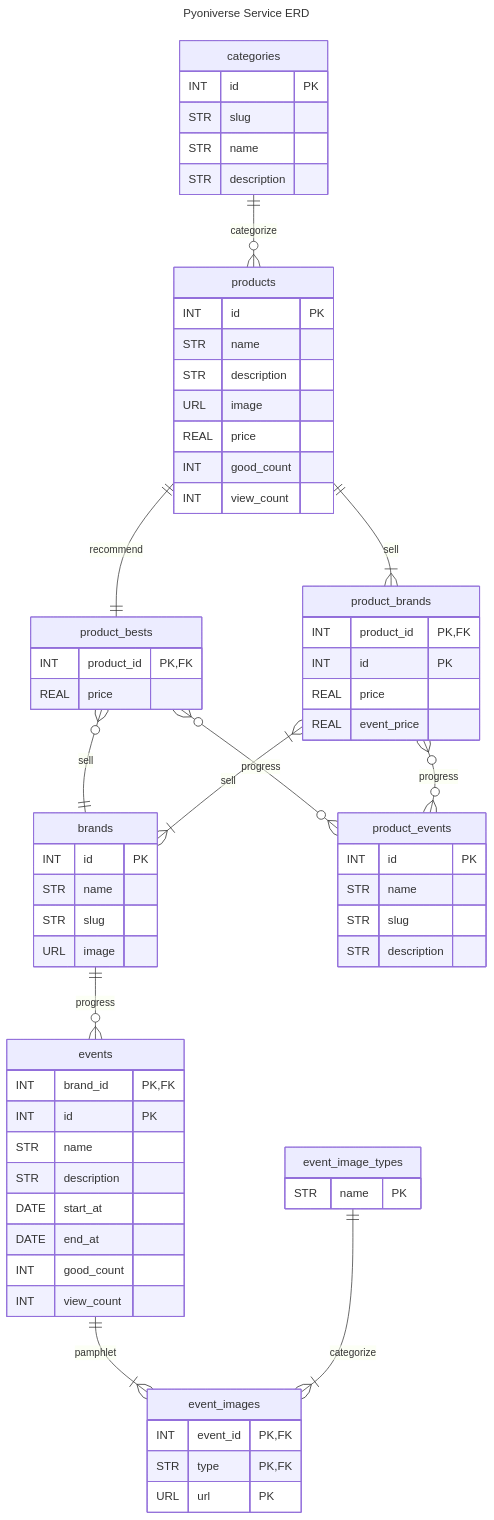
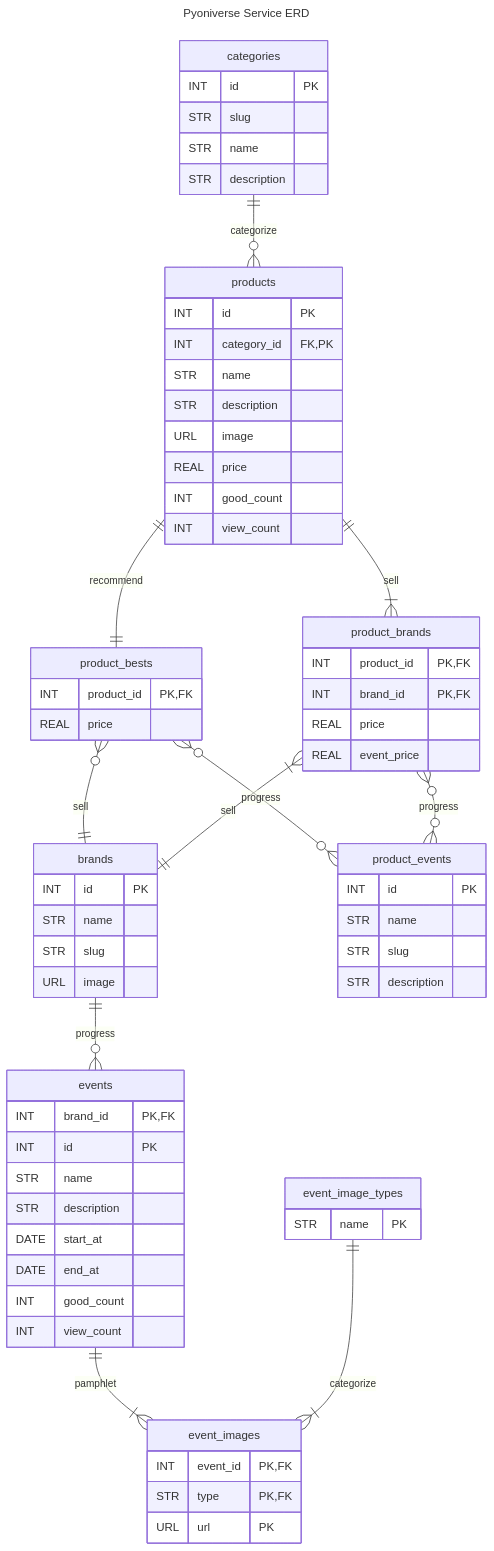
The diagram in document/erd.md (YeongRoYun/ku-database), drawn with Mermaid before and after one commit. The commit also changed other lines of this file and 4 other files, not shown here.

Commit message:
[feat] sql schema

````diff
--- a/document/erd.md
+++ b/document/erd.md
@@ -2,72 +2,73 @@
 ```mermaid
 ---
 title: Pyoniverse Service ERD
 ---
 erDiagram
 categories {
 INT id PK
 STR slug
 STR name
 STR description
 }
 brands {
 INT id PK
 STR name
 STR slug
 URL image
 }
 events {
 INT brand_id PK, FK
 INT id PK
 STR name
 STR description
 DATE start_at
 DATE end_at
 INT good_count
 INT view_count
 }
 event_images {
 INT event_id PK,FK
 STR type PK, FK
 URL url PK
 }
 event_image_types {
 STR name PK
 }
 products {
 INT id PK
+INT category_id FK,PK
 STR name
 STR description
 URL image
 REAL price
 INT good_count
 INT view_count
 }
 product_bests {
 INT product_id PK, FK
 REAL price
 }
 product_brands {
 INT product_id PK, FK
-INT id PK
+INT brand_id PK, FK
 REAL price
 REAL event_price
 }
 product_events {
 INT id PK
 STR name
 STR slug
 STR description
 }
 categories ||--o{ products : categorize
 products ||--|| product_bests: recommend
 product_bests o{--|| brands: sell
 product_bests o{--o{ product_events: progress
 products ||--|{ product_brands: sell
 product_brands o{--o{ product_events: progress
-product_brands |{--|{ brands: sell
+product_brands |{--|| brands: sell
 
     brands ||--o{ events: progress
     events ||--|{ event_images: pamphlet
     event_image_types ||--|{ event_images: categorize
 ```
````
